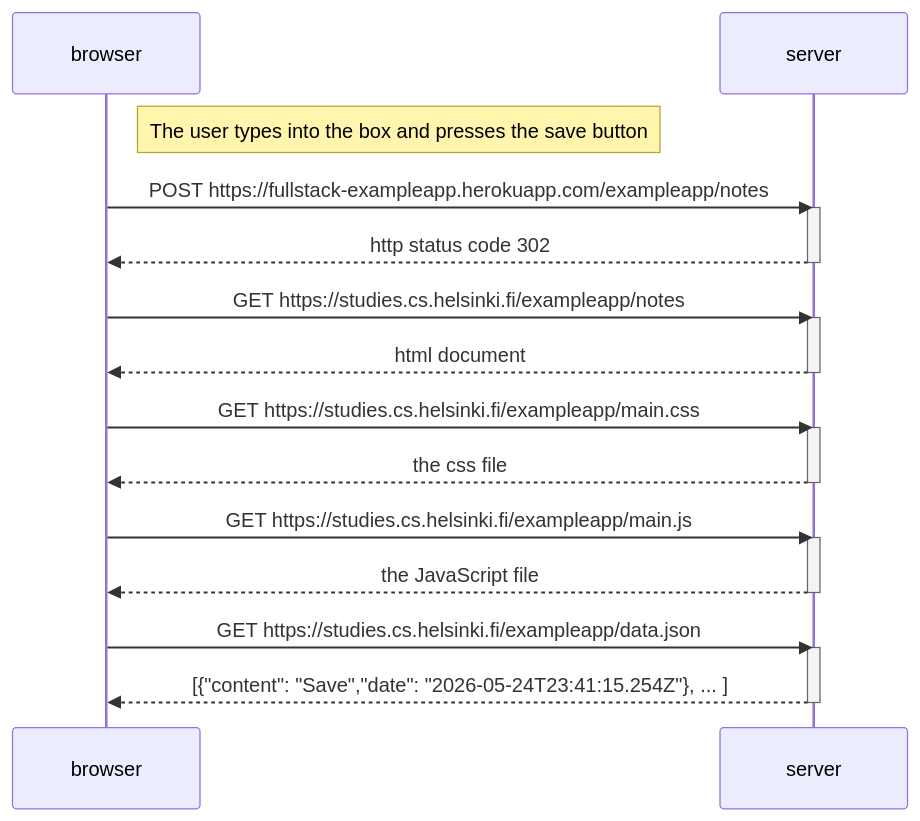
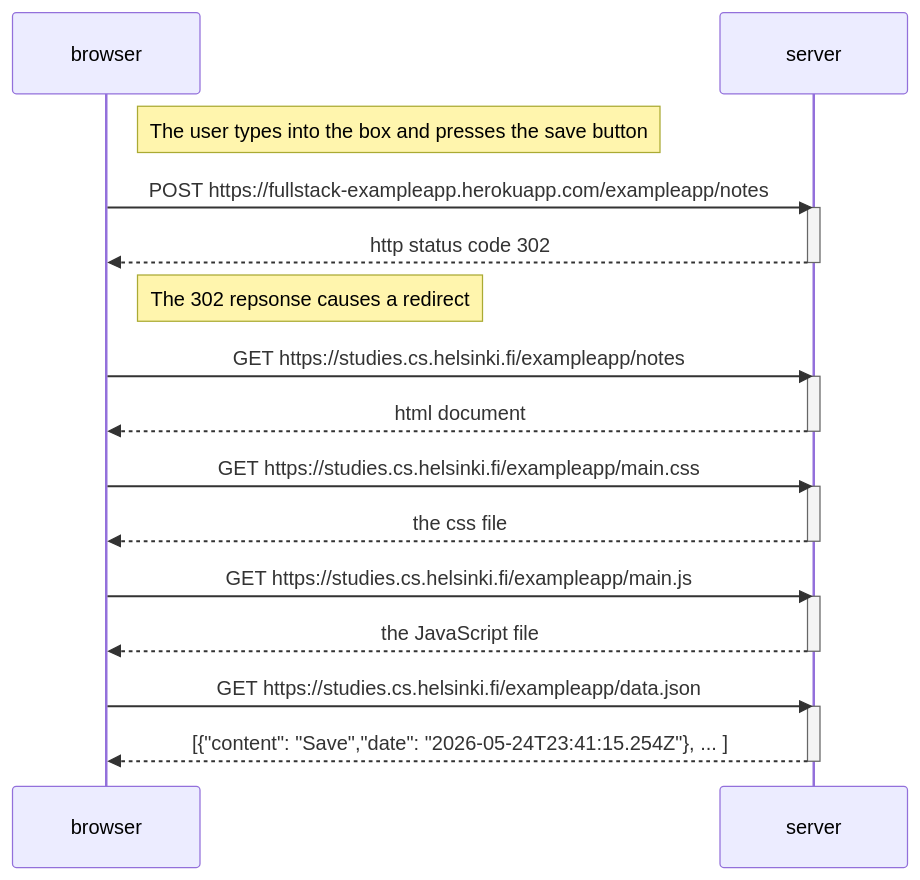
Before and after one commit to antmtn/FullStackOpen-Course: the diagram in part0/0-4.md, drawn with Mermaid. The commit also changed 3 other files, not shown here.

Commit message:
Finishing unit 0 exercises with mermaid charts

````diff
--- a/part0/0-4.md
+++ b/part0/0-4.md
@@ -1,32 +1,34 @@
 ```mermaid
 sequenceDiagram
     participant browser
     participant server
 
     Note right of browser: The user types into the box and presses the save button
 
     browser->>server: POST https://fullstack-exampleapp.herokuapp.com/exampleapp/notes
     activate server
     server-->>browser: http status code 302
     deactivate server
+
+    Note right of browser: The 302 repsonse causes a redirect
 
     browser->>server: GET https://studies.cs.helsinki.fi/exampleapp/notes
     activate server
     server-->>browser: html document
     deactivate server
 
     browser->>server: GET https://studies.cs.helsinki.fi/exampleapp/main.css
     activate server
     server-->>browser: the css file
     deactivate server
     
     browser->>server: GET https://studies.cs.helsinki.fi/exampleapp/main.js
     activate server
     server-->>browser: the JavaScript file
     deactivate server
 
     browser->>server: GET https://studies.cs.helsinki.fi/exampleapp/data.json
     activate server
     server-->>browser: [{"content": "Save","date": "2026-05-24T23:41:15.254Z"}, ... ]
     deactivate server
 ```
````
